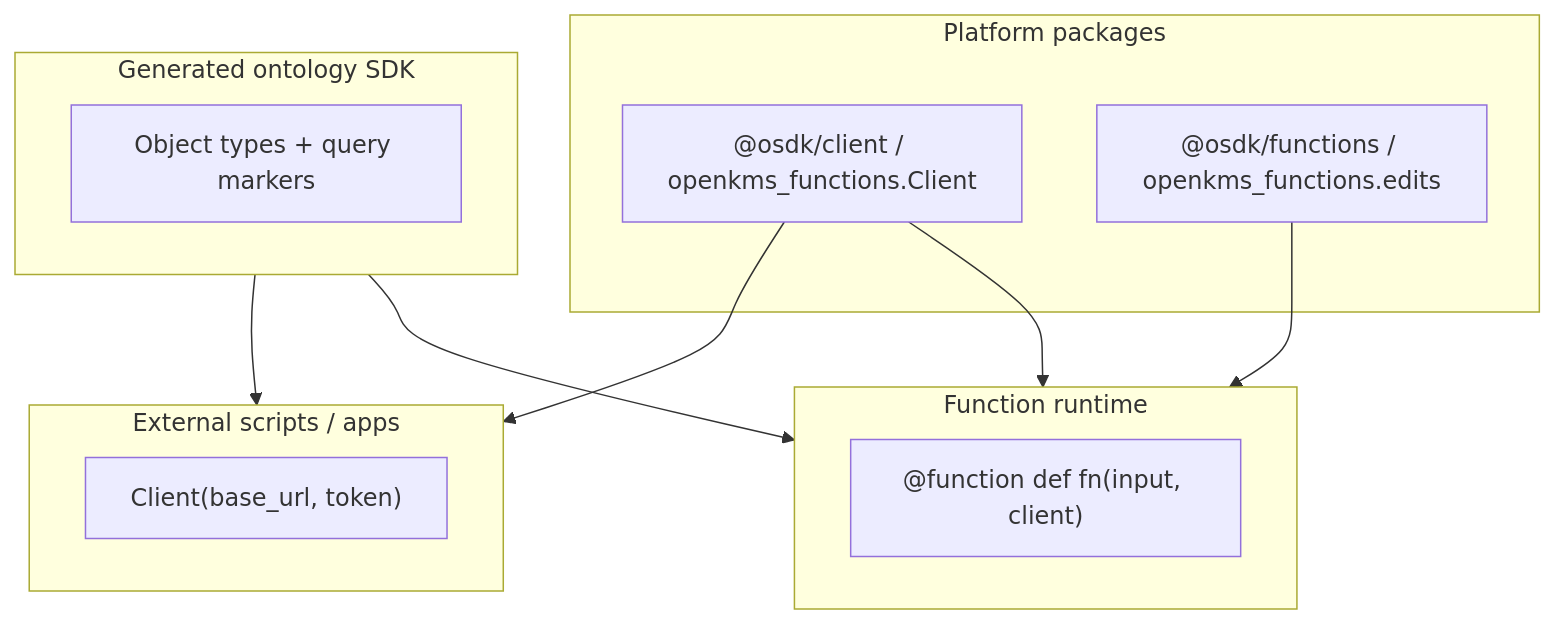
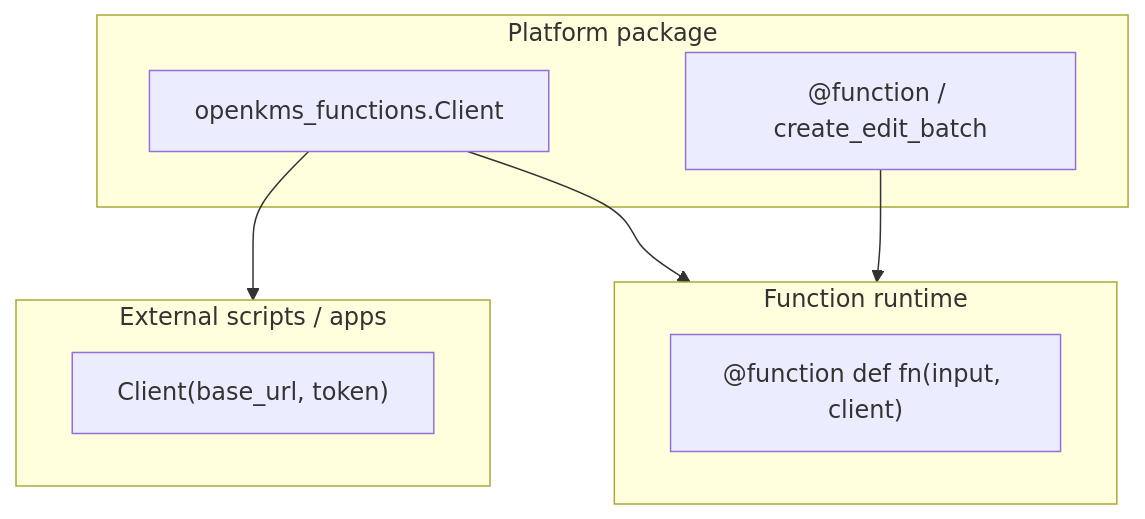
One commit to yingrui/openKMS changed the first of 2 diagrams in docs/research/ontology_functions_and_actions.md. Above: the diagram before and after it, drawn with Mermaid. The commit also changed other lines of this file and 28 other files, not shown here.

First line of the commit message:
Fix Function Client reentrancy and remove generated ontology SDK

````diff
--- a/docs/research/ontology_functions_and_actions.md
+++ b/docs/research/ontology_functions_and_actions.md
@@ -27,21 +29,16 @@
 ```mermaid
 flowchart TB
-  subgraph platform [Platform packages]
-    ClientPkg["@osdk/client / openkms_functions.Client"]
-    Helpers["@osdk/functions / openkms_functions.edits"]
-  end
-  subgraph generated [Generated ontology SDK]
-    Types["Object types + query markers"]
+  subgraph platform [Platform package]
+    ClientPkg["openkms_functions.Client"]
+    Helpers["@function / create_edit_batch"]
   end
   subgraph authors [Function runtime]
     Decorated["@function def fn(input, client)"]
   end
   subgraph external [External scripts / apps]
     Explicit["Client(base_url, token)"]
   end
   ClientPkg --> authors
   ClientPkg --> external
-  generated --> authors
-  generated --> external
   Helpers --> authors
 ```
````
